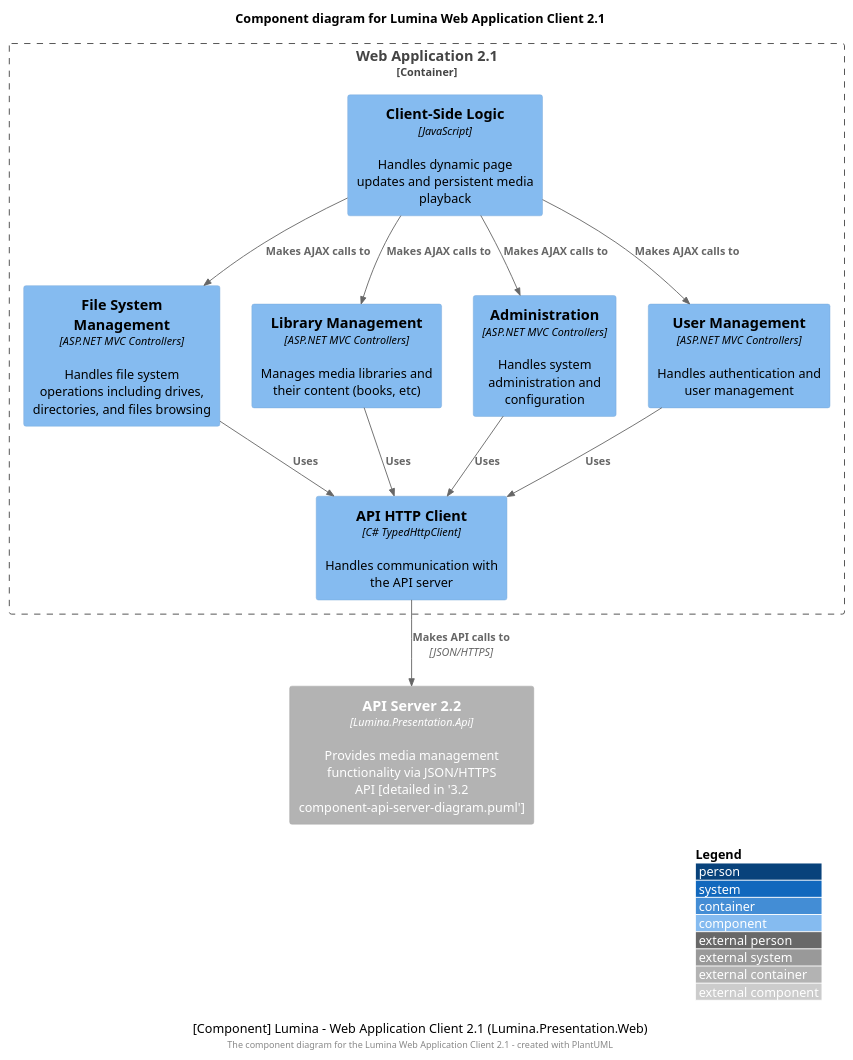
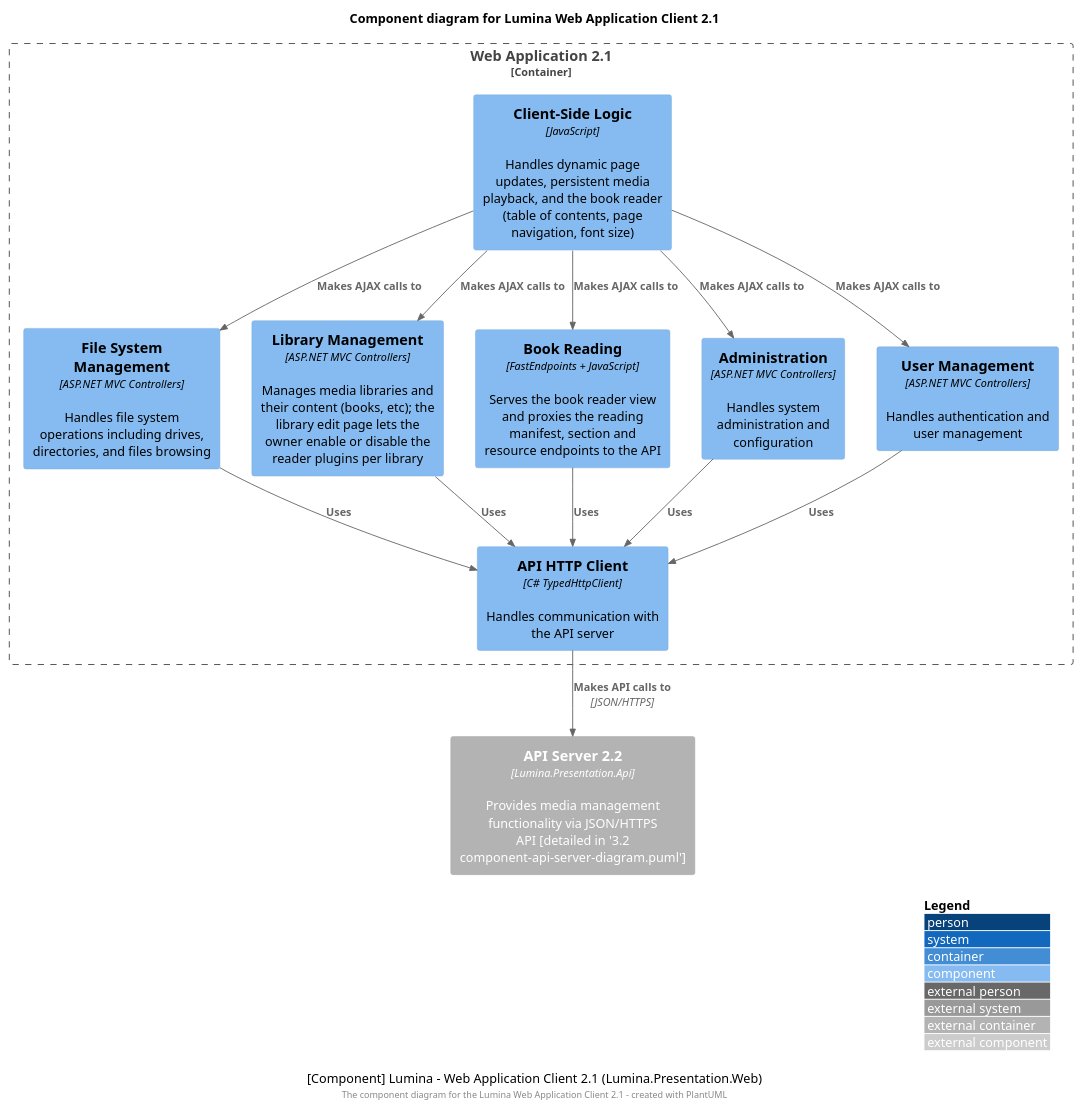
The diagram in docs/technical/architecture/3.1 component-web-client-diagram.puml (BinaryAlley/Lumina), drawn with PlantUML before and after one commit. The commit also changed 3 other files, not shown here.

Commit message:
Updates architecture diagrams with the book reading flow

```diff
--- a/docs/technical/architecture/3.1 component-web-client-diagram.puml
+++ b/docs/technical/architecture/3.1 component-web-client-diagram.puml
@@ -1,36 +1,40 @@
 @startuml Lumina Web Application Components
 !include <C4/C4_Component>
 
 LAYOUT_WITH_LEGEND()
 title Component diagram for Lumina Web Application Client 2.1
 
 Container_Ext(api, "API Server 2.2", "Lumina.Presentation.Api", "Provides media management functionality via JSON/HTTPS API [detailed in '3.2 component-api-server-diagram.puml']")
 
 Container_Boundary(wb, "Web Application 2.1") {
     Component(fileSystem, "File System Management", "ASP.NET MVC Controllers", "Handles file system operations including drives, directories, and files browsing")
     
-    Component(library, "Library Management", "ASP.NET MVC Controllers", "Manages media libraries and their content (books, etc)")
+    Component(library, "Library Management", "ASP.NET MVC Controllers", "Manages media libraries and their content (books, etc); the library edit page lets the owner enable or disable the reader plugins per library")
+    
+    Component(bookReader, "Book Reading", "FastEndpoints + JavaScript", "Serves the book reader view and proxies the reading manifest, section and resource endpoints to the API")
     
     Component(admin, "Administration", "ASP.NET MVC Controllers", "Handles system administration and configuration")
     
     Component(users, "User Management", "ASP.NET MVC Controllers", "Handles authentication and user management")
     
-    Component(clientJs, "Client-Side Logic", "JavaScript", "Handles dynamic page updates and persistent media playback")
+    Component(clientJs, "Client-Side Logic", "JavaScript", "Handles dynamic page updates, persistent media playback, and the book reader (table of contents, page navigation, font size)")
     
     Component(httpClient, "API HTTP Client", "C# TypedHttpClient", "Handles communication with the API server")
 }
 
 Rel(fileSystem, httpClient, "Uses")
 Rel(library, httpClient, "Uses")
+Rel(bookReader, httpClient, "Uses")
 Rel(admin, httpClient, "Uses")
 Rel(users, httpClient, "Uses")
 Rel(httpClient, api, "Makes API calls to", "JSON/HTTPS")
 Rel(clientJs, fileSystem, "Makes AJAX calls to")
 Rel(clientJs, library, "Makes AJAX calls to")
+Rel(clientJs, bookReader, "Makes AJAX calls to")
 Rel(clientJs, admin, "Makes AJAX calls to")
 Rel(clientJs, users, "Makes AJAX calls to")
 
 caption [Component] Lumina - Web Application Client 2.1 (Lumina.Presentation.Web)
 
 footer The component diagram for the Lumina Web Application Client 2.1 - created with PlantUML
 @enduml
```
